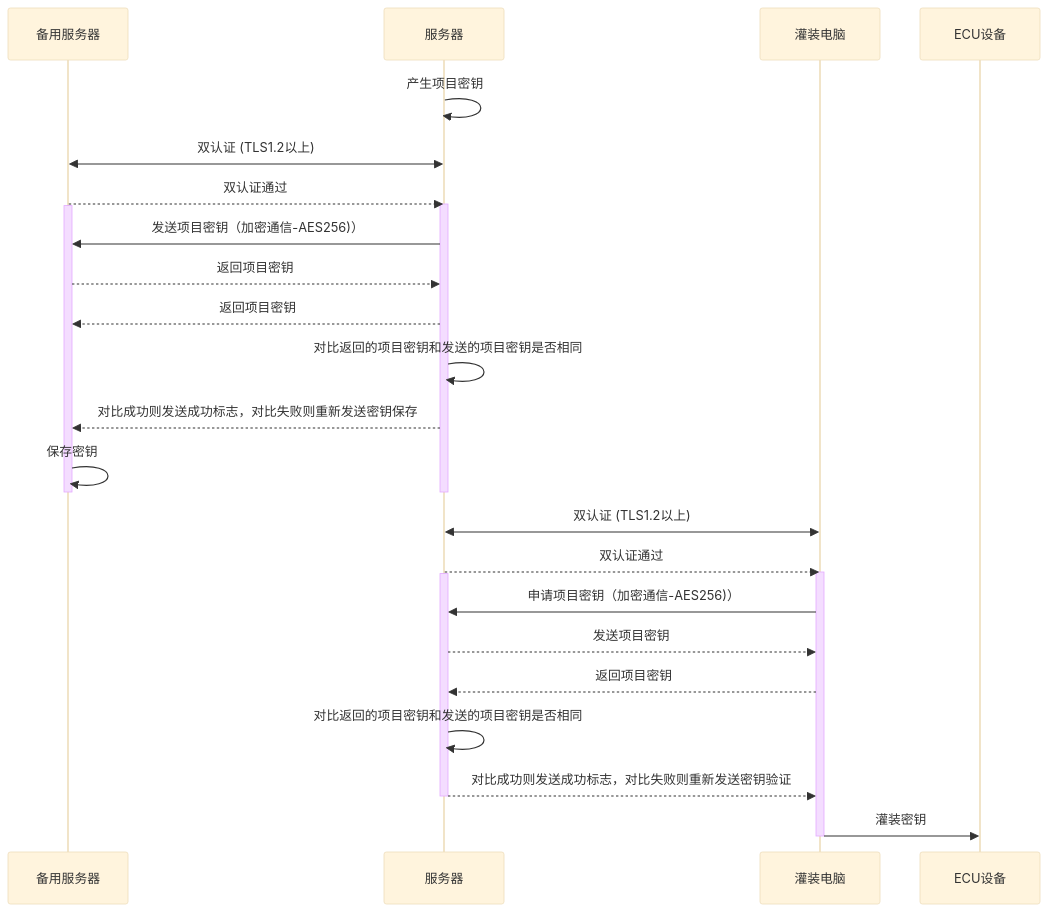
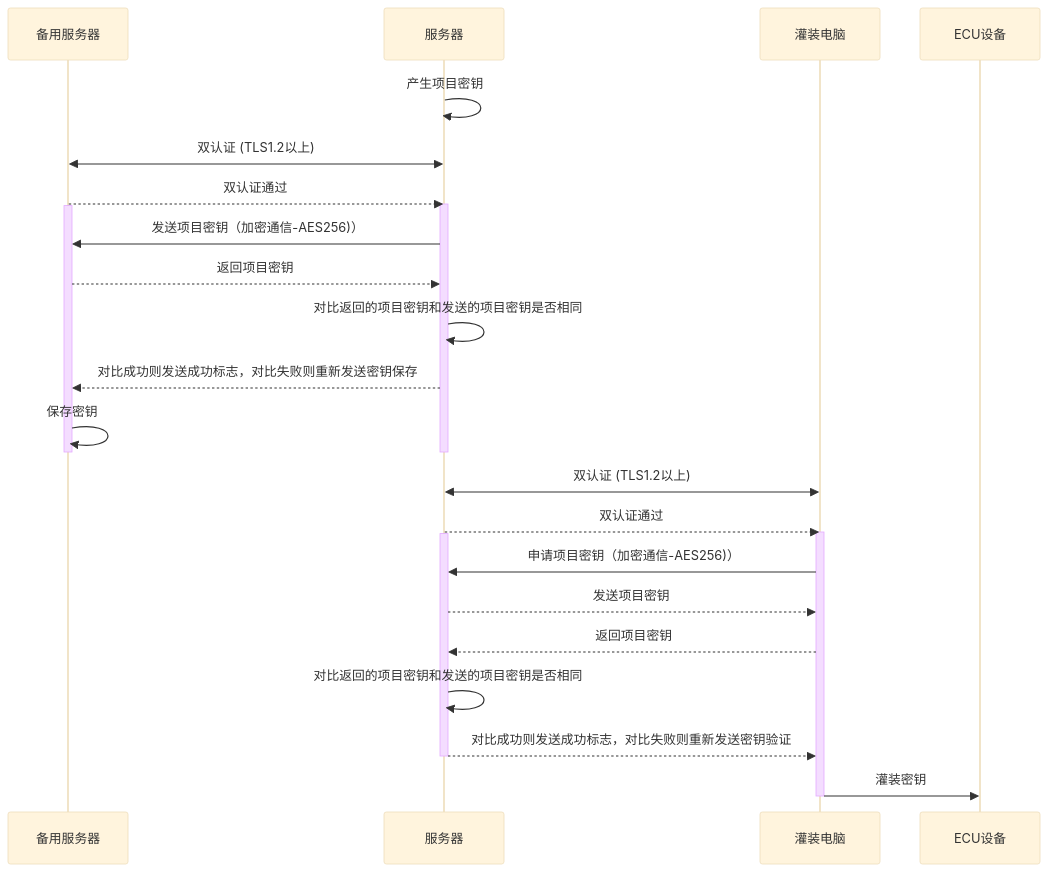
One commit to facebook-cloud/iodraw-files changed the diagram in all/未命名-10.md. Above: the diagram before and after it, drawn with Mermaid (base theme).

Commit message:
2026-01-15 11:30:03 update

````diff
--- a/all/未命名-10.md
+++ b/all/未命名-10.md
@@ -1,35 +1,35 @@
 ```mermaid
 sequenceDiagram
     participant B as 备用服务器
     participant A as 服务器
     participant C as 灌装电脑
     participant D as ECU设备
 
     A->>A: 产生项目密钥
     A<<->>B: 双认证 (TLS1.2以上)
     B-->>A: 双认证通过
     activate A
     activate B
     A->>B: 发送项目密钥（加密通信-AES256)）
     B-->>A: 返回项目密钥
-    A-->>B: 返回项目密钥
+
     A->>A: 对比返回的项目密钥和发送的项目密钥是否相同
     A-->>B: 对比成功则发送成功标志，对比失败则重新发送密钥保存
     B->>B: 保存密钥
     deactivate B
     deactivate A
 
     C<<->>A: 双认证 (TLS1.2以上)
     A-->>C: 双认证通过
     activate C
     activate A
     C->>A: 申请项目密钥（加密通信-AES256)）
     A-->>C: 发送项目密钥
     C-->>A: 返回项目密钥
     A->>A: 对比返回的项目密钥和发送的项目密钥是否相同
     A-->>C: 对比成功则发送成功标志，对比失败则重新发送密钥验证
     deactivate A
     C->>D: 灌装密钥
     deactivate C
 
 ```
````
